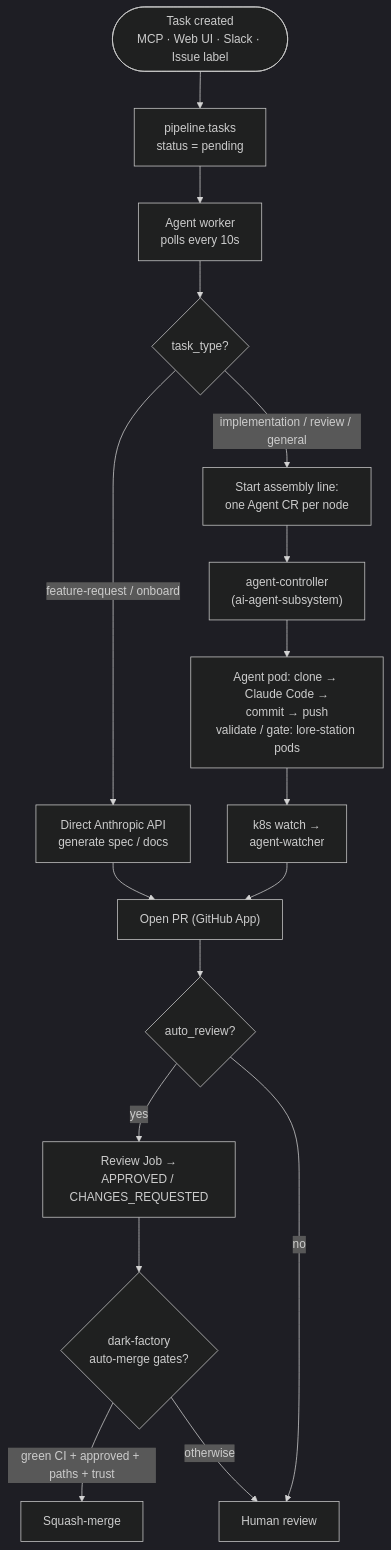
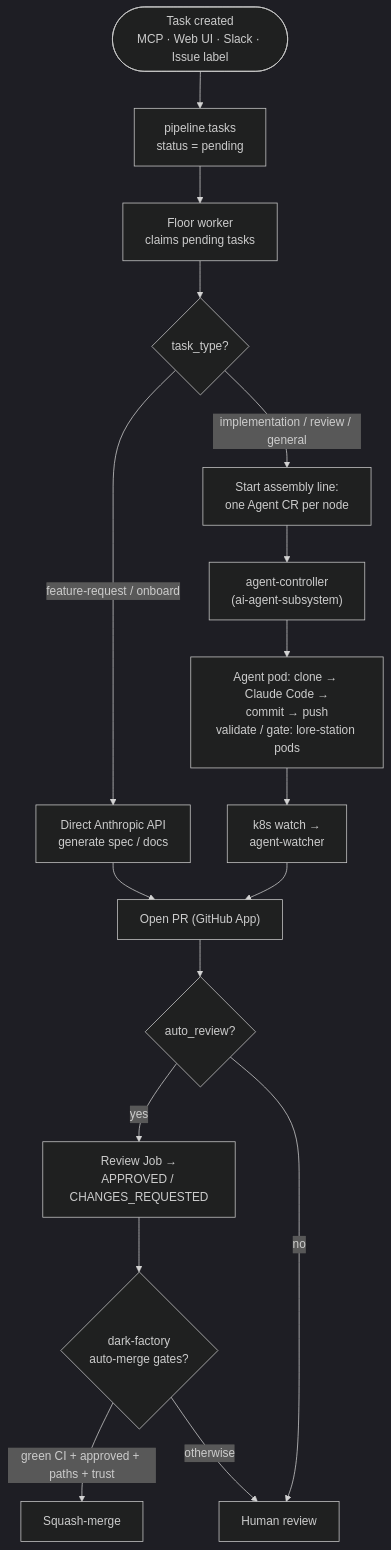
The second of 3 diagrams in docs/building-lore/architecture.md (re-cinq/lore), drawn with Mermaid (dark theme) before and after one commit. The commit also changed other lines of this file and 25 other files, not shown here.

````diff
--- a/docs/building-lore/architecture.md
+++ b/docs/building-lore/architecture.md
@@ -59,19 +58,19 @@
 ```mermaid
 flowchart TB
     START(["Task created<br/>MCP · Web UI · Slack · Issue label"]) --> Q["pipeline.tasks<br/>status = pending"]
-    Q --> W["Agent worker<br/>polls every 10s"]
+    Q --> W["Floor worker<br/>claims pending tasks"]
     W --> TYPE{"task_type?"}
     TYPE -->|"feature-request / onboard"| LLM["Direct Anthropic API<br/>generate spec / docs"]
     TYPE -->|"implementation / review / general"| CR["Start assembly line:<br/>one Agent CR per node"]
     CR --> CTRL["agent-controller<br/>(ai-agent-subsystem)"]
     CTRL --> POD["Agent pod: clone → Claude Code →<br/>commit → push<br/>validate / gate: lore-station pods"]
     POD --> WATCH["k8s watch →<br/>agent-watcher"]
     LLM --> PR["Open PR (GitHub App)"]
     WATCH --> PR
     PR --> REVIEW{"auto_review?"}
     REVIEW -->|"yes"| RR["Review Job →<br/>APPROVED / CHANGES_REQUESTED"]
     REVIEW -->|"no"| HUMAN["Human review"]
     RR --> MERGE{"dark-factory<br/>auto-merge gates?"}
     MERGE -->|"green CI + approved + paths + trust"| SQUASH["Squash-merge"]
     MERGE -->|"otherwise"| HUMAN
 ```
````
